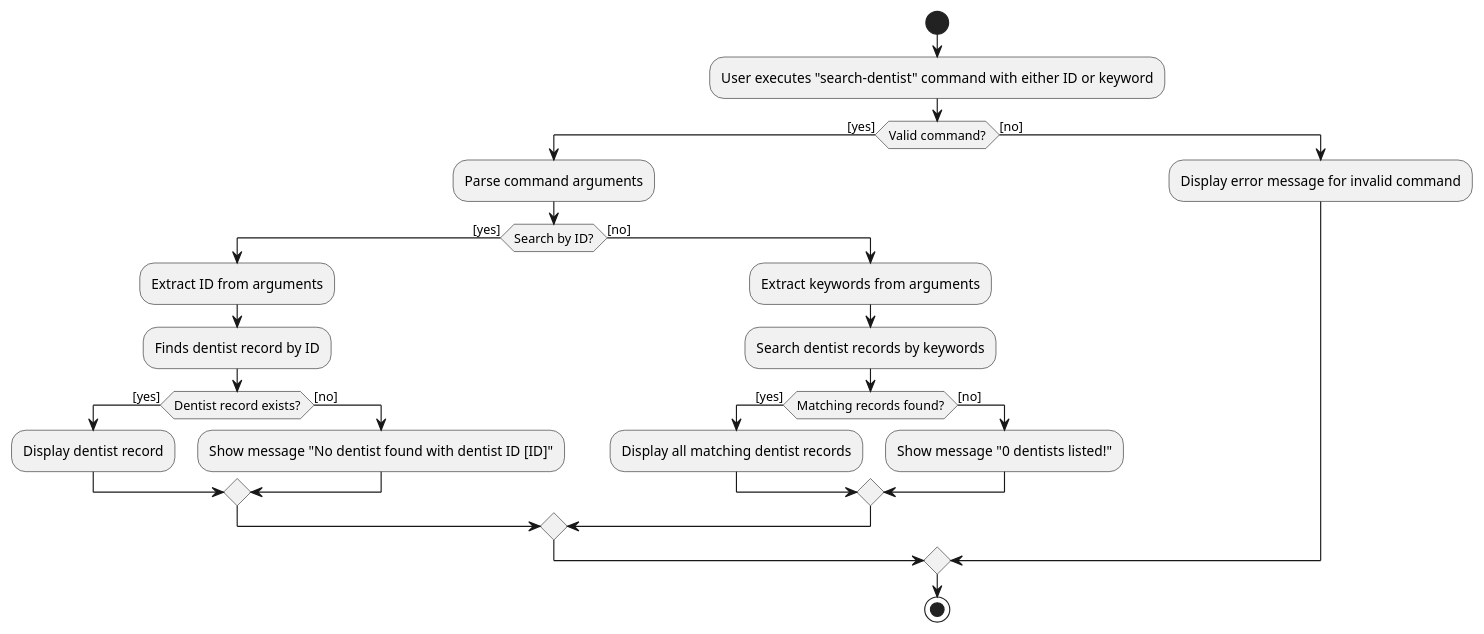
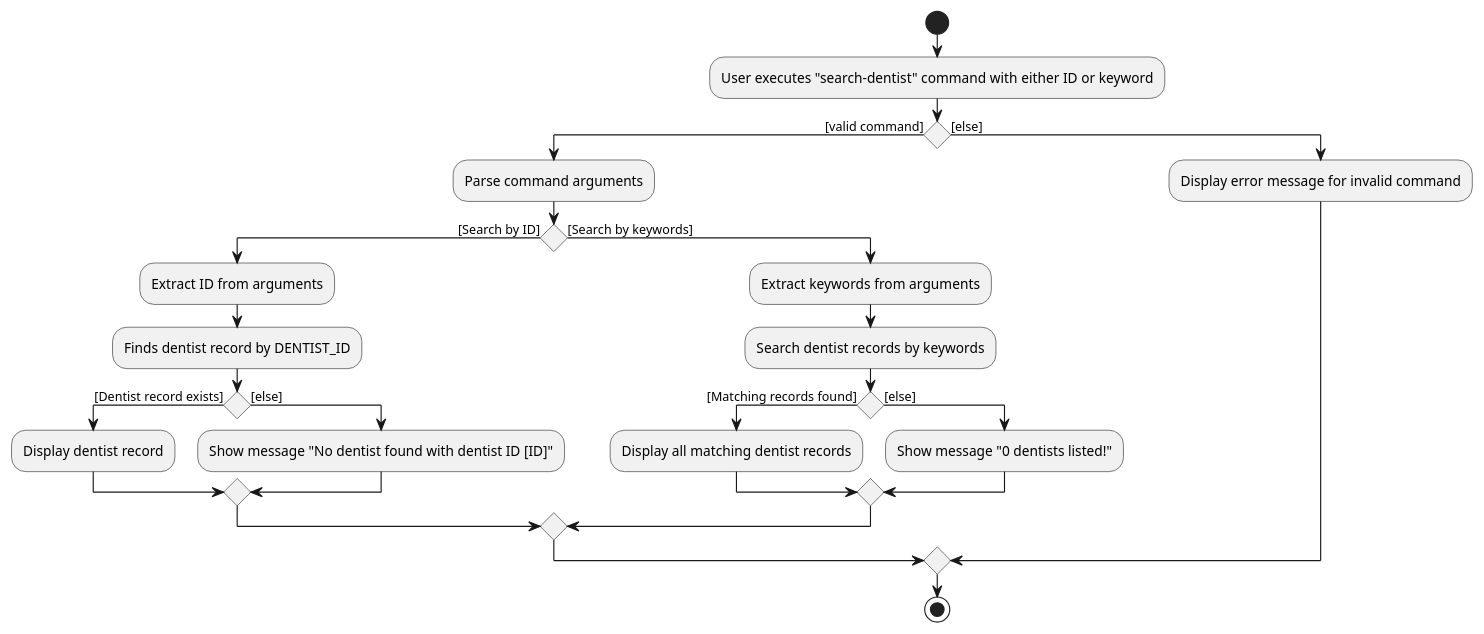
The diagram in docs/diagrams/SearchDentistActivityDiagram.puml (techjay-c/tp), drawn with PlantUML before and after one commit. The commit also changed 1 other file, not shown here.

Commit message:
Update SearchDentistActivityDiagram in DG

```diff
--- a/docs/diagrams/SearchDentistActivityDiagram.puml
+++ b/docs/diagrams/SearchDentistActivityDiagram.puml
@@ -1,37 +1,37 @@
 @startuml
 start
 
 :User executes "search-dentist" command with either ID or keyword;
 
 ' Check the command's validity
-if (Valid command?) then ([yes])
+if () then ([valid command])
     :Parse command arguments;
 
     ' Decide the search type based on the parsed arguments
-    if (Search by ID?) then ([yes])
+    if () then ([Search by ID])
         :Extract ID from arguments;
-        :Finds dentist record by ID;
+        :Finds dentist record by DENTIST_ID;
 
         ' Decision point after search attempt
-        if (Dentist record exists?) then ([yes])
+        if () then ([Dentist record exists])
             :Display dentist record;
-        else ([no])
+        else ([else])
             :Show message "No dentist found with dentist ID [ID]";
         endif
-    else ([no])
+    else ([Search by keywords])
         :Extract keywords from arguments;
         :Search dentist records by keywords;
 
         ' Decision point after search attempt
-        if (Matching records found?) then ([yes])
+        if () then ([Matching records found])
             :Display all matching dentist records;
-        else ([no])
+        else ([else])
             :Show message "0 dentists listed!";
         endif
     endif
-else ([no])
+else ([else])
     :Display error message for invalid command;
 endif
 
 stop
 @enduml
```
